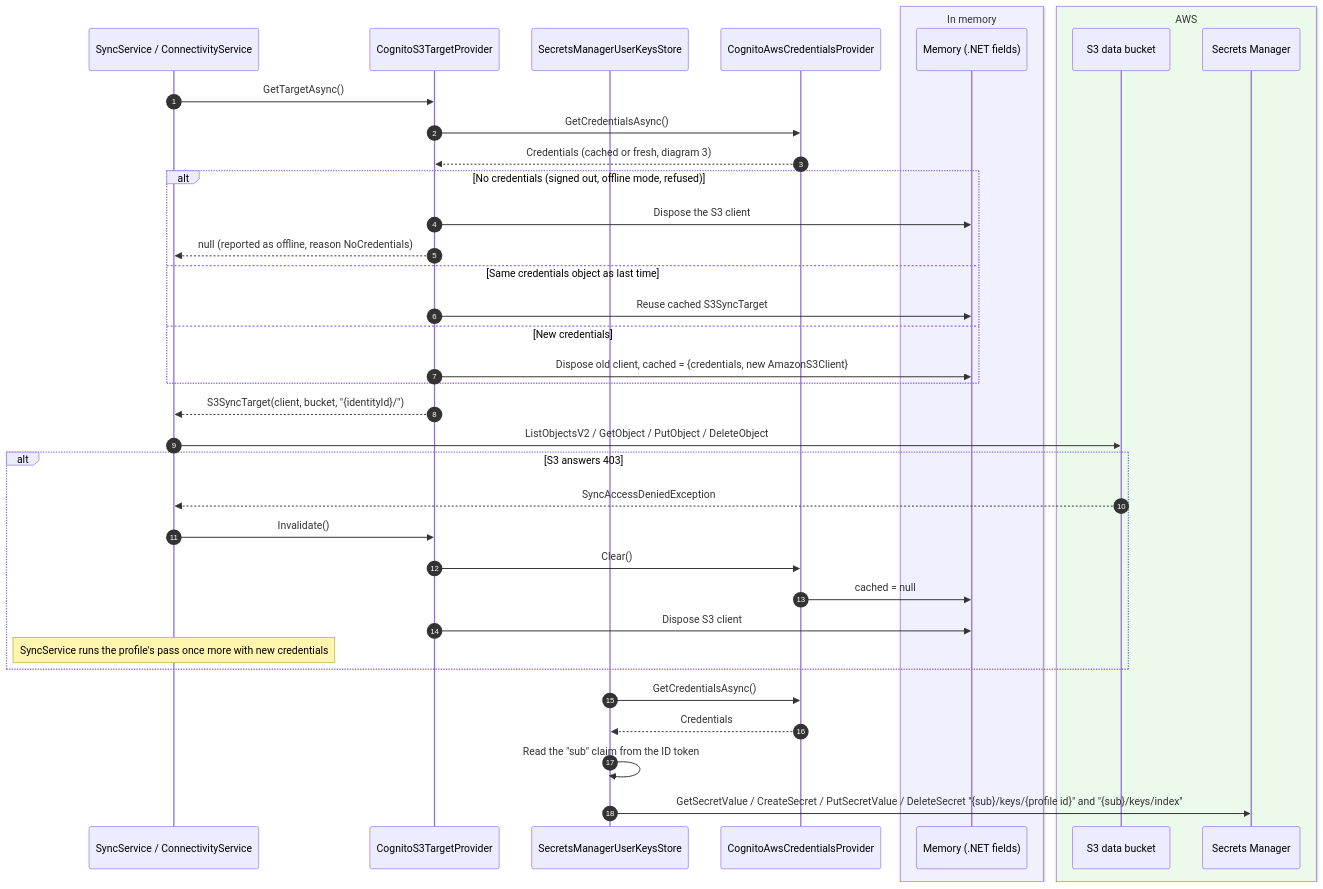
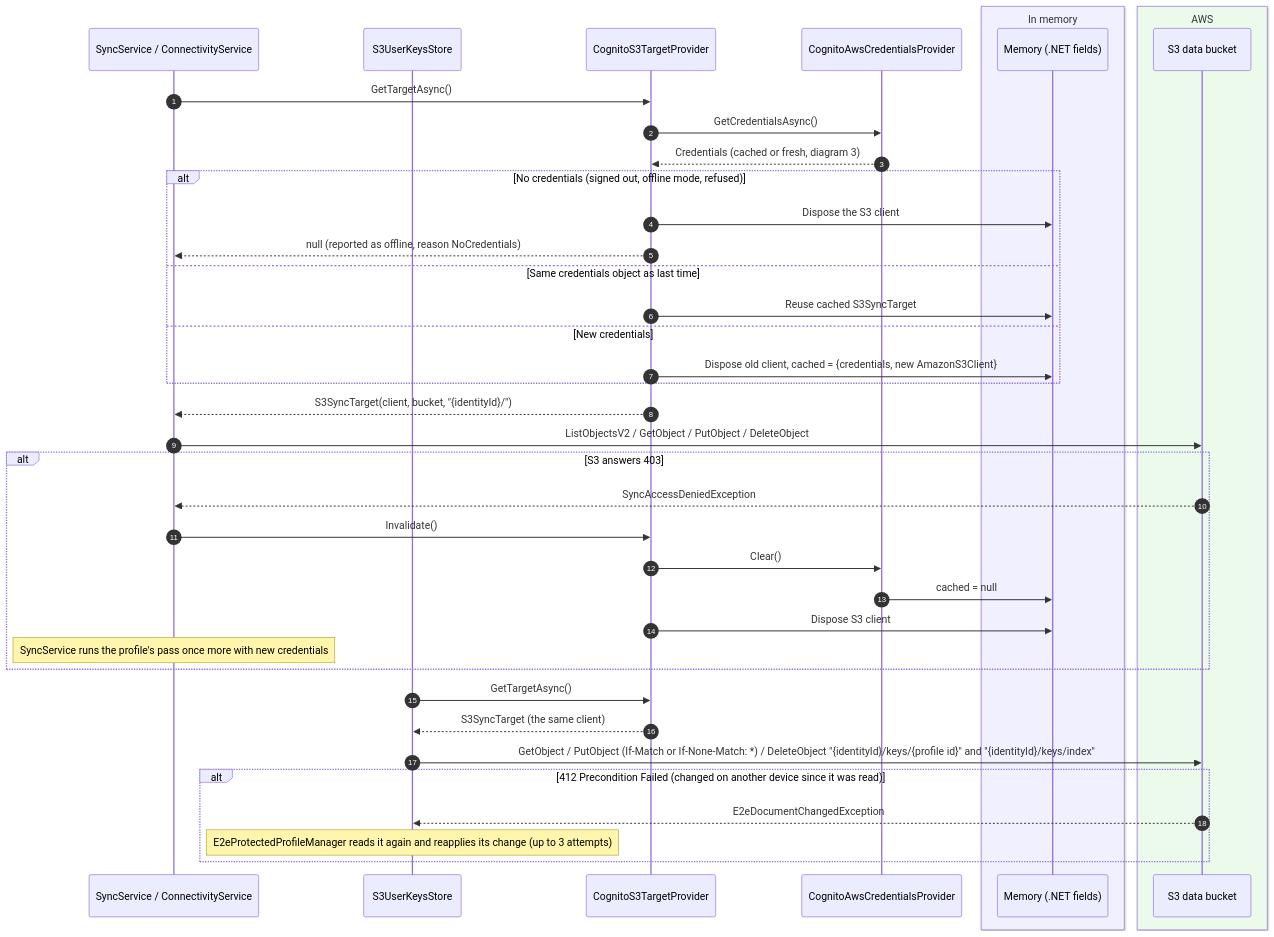
One commit to devoctomy/blazwiz changed the fourth of 7 diagrams in docs/diagrams/authentication.md. Above: the diagram before and after it, drawn with Mermaid. The commit also changed other lines of this file and 85 other files, not shown here.

````diff
--- a/docs/diagrams/authentication.md
+++ b/docs/diagrams/authentication.md
@@ -213,43 +214,45 @@
 ```mermaid
 sequenceDiagram
     autonumber
     participant Sync as SyncService / ConnectivityService
+    participant Keys as S3UserKeysStore
     participant Target as CognitoS3TargetProvider
-    participant Keys as SecretsManagerUserKeysStore
     participant Creds as CognitoAwsCredentialsProvider
     box rgb(240,240,255) In memory
         participant Mem as Memory (.NET fields)
     end
     box rgb(235,250,235) AWS
         participant S3 as S3 data bucket
-        participant SM as Secrets Manager
     end
 
     Sync->>Target: GetTargetAsync()
     Target->>Creds: GetCredentialsAsync()
     Creds-->>Target: Credentials (cached or fresh, diagram 3)
     alt No credentials (signed out, offline mode, refused)
         Target->>Mem: Dispose the S3 client
         Target-->>Sync: null (reported as offline, reason NoCredentials)
     else Same credentials object as last time
         Target->>Mem: Reuse cached S3SyncTarget
     else New credentials
         Target->>Mem: Dispose old client, cached = {credentials, new AmazonS3Client}
     end
     Target-->>Sync: S3SyncTarget(client, bucket, "{identityId}/")
     Sync->>S3: ListObjectsV2 / GetObject / PutObject / DeleteObject
 
     alt S3 answers 403
         S3-->>Sync: SyncAccessDeniedException
         Sync->>Target: Invalidate()
         Target->>Creds: Clear()
         Creds->>Mem: cached = null
         Target->>Mem: Dispose S3 client
         Note over Sync: SyncService runs the profile's pass once more with new credentials
     end
 
-    Keys->>Creds: GetCredentialsAsync()
-    Creds-->>Keys: Credentials
-    Keys->>Keys: Read the "sub" claim from the ID token
-    Keys->>SM: GetSecretValue / CreateSecret / PutSecretValue / DeleteSecret "{sub}/keys/{profile id}" and "{sub}/keys/index"
+    Keys->>Target: GetTargetAsync()
+    Target-->>Keys: S3SyncTarget (the same client)
+    Keys->>S3: GetObject / PutObject (If-Match or If-None-Match: *) / DeleteObject "{identityId}/keys/{profile id}" and "{identityId}/keys/index"
+    alt 412 Precondition Failed (changed on another device since it was read)
+        S3-->>Keys: E2eDocumentChangedException
+        Note over Keys: E2eProtectedProfileManager reads it again and reapplies its change (up to 3 attempts)
+    end
 ```
````
